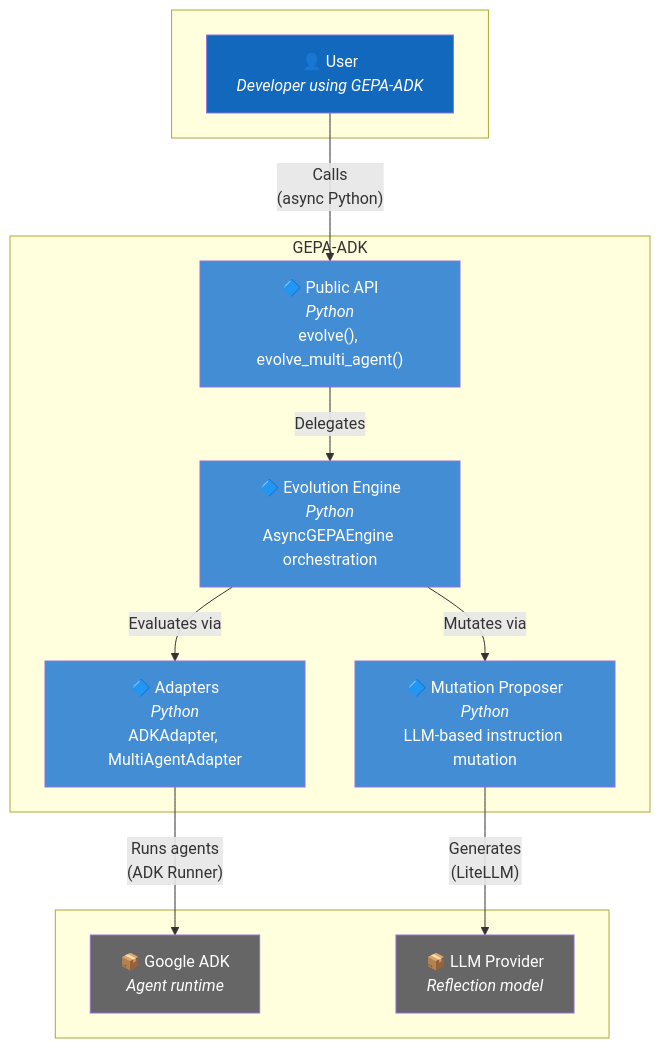
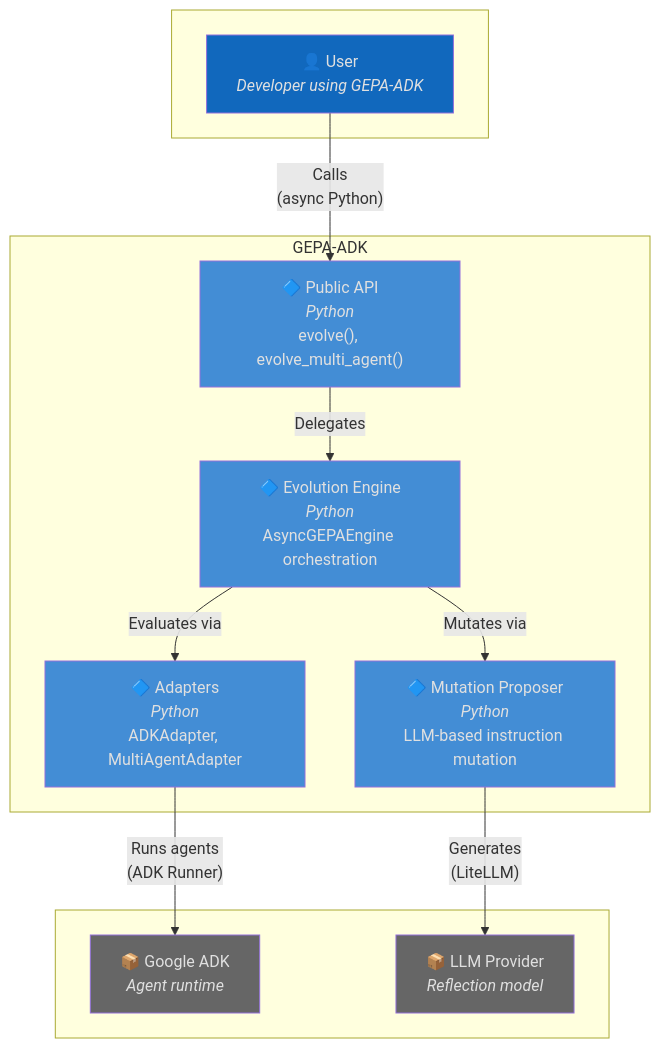
One commit to Alberto-Codes/gepa-adk changed the second of 10 diagrams in .specify/templates/architecture-template.md. Above: the diagram before and after it, drawn with Mermaid. The commit also changed other lines of this file, not shown here.

Commit message:
feat(spec): enhance architecture documentation with constraints section and improved flowchart legends for clarity

````diff
--- a/.specify/templates/architecture-template.md
+++ b/.specify/templates/architecture-template.md
@@ -79,33 +97,33 @@
 ```mermaid
 flowchart TB
     subgraph Actors[" "]
         user["👤 User<br/><i>Developer using GEPA-ADK</i>"]
     end
 
     subgraph GEPA["GEPA-ADK"]
         api["🔷 Public API<br/><i>Python</i><br/>evolve(), evolve_multi_agent()"]
         engine["🔷 Evolution Engine<br/><i>Python</i><br/>AsyncGEPAEngine orchestration"]
         adapters["🔷 Adapters<br/><i>Python</i><br/>ADKAdapter, MultiAgentAdapter"]
         proposer["🔷 Mutation Proposer<br/><i>Python</i><br/>LLM-based instruction mutation"]
     end
 
     subgraph External[" "]
         adk["📦 Google ADK<br/><i>Agent runtime</i>"]
         llm["📦 LLM Provider<br/><i>Reflection model</i>"]
     end
 
     user -->|"Calls<br/>(async Python)"| api
     api -->|"Delegates"| engine
     engine -->|"Evaluates via"| adapters
     adapters -->|"Runs agents<br/>(ADK Runner)"| adk
     engine -->|"Mutates via"| proposer
     proposer -->|"Generates<br/>(LiteLLM)"| llm
 
-    style api fill:#438DD5,color:#fff
-    style engine fill:#438DD5,color:#fff
-    style adapters fill:#438DD5,color:#fff
-    style proposer fill:#438DD5,color:#fff
-    style adk fill:#666666,color:#fff
-    style llm fill:#666666,color:#fff
-    style user fill:#1168BD,color:#fff
+    style api fill:#438DD5,color:#E0E0E0
+    style engine fill:#438DD5,color:#E0E0E0
+    style adapters fill:#438DD5,color:#E0E0E0
+    style proposer fill:#438DD5,color:#E0E0E0
+    style adk fill:#666666,color:#E0E0E0
+    style llm fill:#666666,color:#E0E0E0
+    style user fill:#1168BD,color:#E0E0E0
 ```
````
